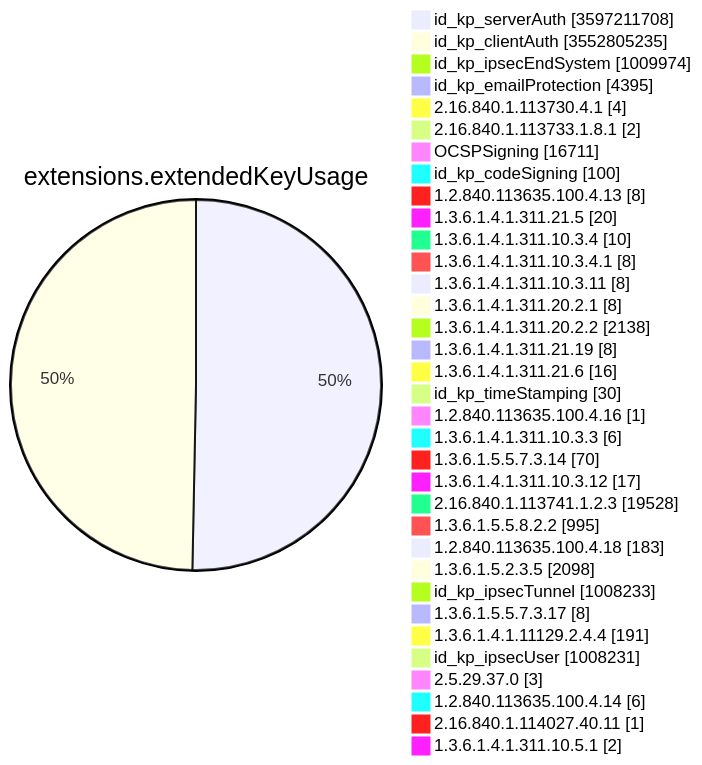
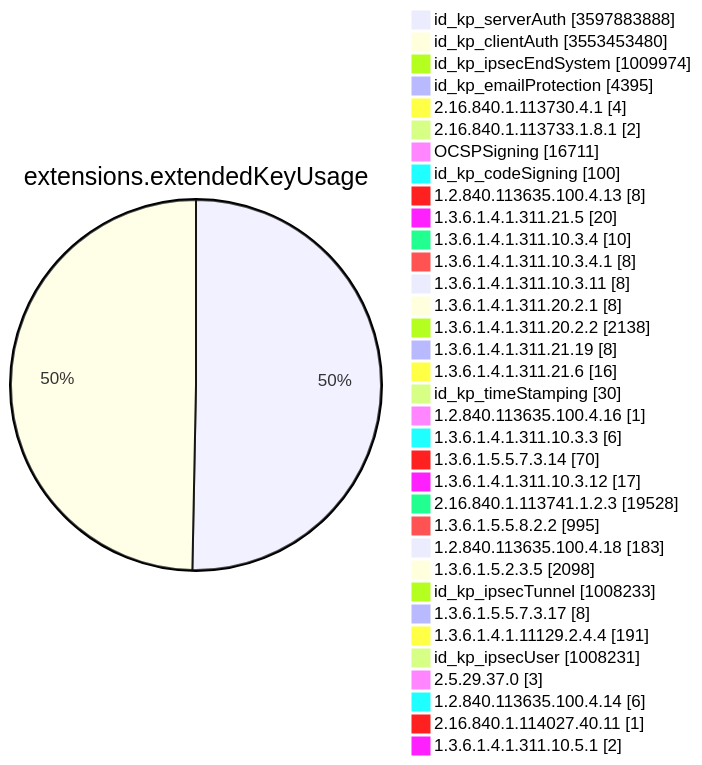
Before and after one commit to christiankrug/ctmonitor_visualization: diagram 11 of 15 in TOTAL/README.md, drawn with Mermaid. The commit also changed other lines of this file, not shown here.

````diff
--- a/TOTAL/README.md
+++ b/TOTAL/README.md
@@ -4129,38 +4129,38 @@
 ```mermaid
 pie showData
 title extensions.extendedKeyUsage
-"id_kp_serverAuth" :3597211708
-"id_kp_clientAuth" :3552805235
+"id_kp_serverAuth" :3597883888
+"id_kp_clientAuth" :3553453480
 "id_kp_ipsecEndSystem" :1009974
 "id_kp_emailProtection" :4395
 "2.16.840.1.113730.4.1" :4
 "2.16.840.1.113733.1.8.1" :2
 "OCSPSigning" :16711
 "id_kp_codeSigning" :100
 "1.2.840.113635.100.4.13" :8
 "1.3.6.1.4.1.311.21.5" :20
 "1.3.6.1.4.1.311.10.3.4" :10
 "1.3.6.1.4.1.311.10.3.4.1" :8
 "1.3.6.1.4.1.311.10.3.11" :8
 "1.3.6.1.4.1.311.20.2.1" :8
 "1.3.6.1.4.1.311.20.2.2" :2138
 "1.3.6.1.4.1.311.21.19" :8
 "1.3.6.1.4.1.311.21.6" :16
 "id_kp_timeStamping" :30
 "1.2.840.113635.100.4.16" :1
 "1.3.6.1.4.1.311.10.3.3" :6
 "1.3.6.1.5.5.7.3.14" :70
 "1.3.6.1.4.1.311.10.3.12" :17
 "2.16.840.1.113741.1.2.3" :19528
 "1.3.6.1.5.5.8.2.2" :995
 "1.2.840.113635.100.4.18" :183
 "1.3.6.1.5.2.3.5" :2098
 "id_kp_ipsecTunnel" :1008233
 "1.3.6.1.5.5.7.3.17" :8
 "1.3.6.1.4.1.11129.2.4.4" :191
 "id_kp_ipsecUser" :1008231
 "2.5.29.37.0" :3
 "1.2.840.113635.100.4.14" :6
 "2.16.840.1.114027.40.11" :1
 "1.3.6.1.4.1.311.10.5.1" :2
 ```
````
